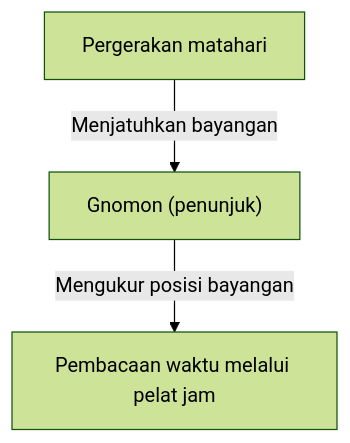
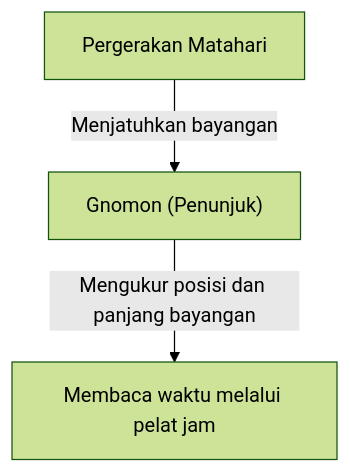
The first of 3 diagrams in content/post/history-of-timekeeping-technology/index.id.md (kenjinote/blog), drawn with Mermaid (forest theme) before and after one commit. The commit also changed other lines of this file and 129 other files, not shown here.

````diff
--- a/content/post/history-of-timekeeping-technology/index.id.md
+++ b/content/post/history-of-timekeeping-technology/index.id.md
@@ -19,5 +22,5 @@
 ```mermaid
 graph TD
-    A["Pergerakan matahari"] -- "Menjatuhkan bayangan" --> B["Gnomon (penunjuk)"]
-    B -- "Mengukur posisi bayangan" --> C["Pembacaan waktu melalui pelat jam"]
+    A["Pergerakan Matahari"] -- "Menjatuhkan bayangan" --> B["Gnomon (Penunjuk)"]
+    B -- "Mengukur posisi dan panjang bayangan" --> C["Membaca waktu melalui pelat jam"]
 ```
````
